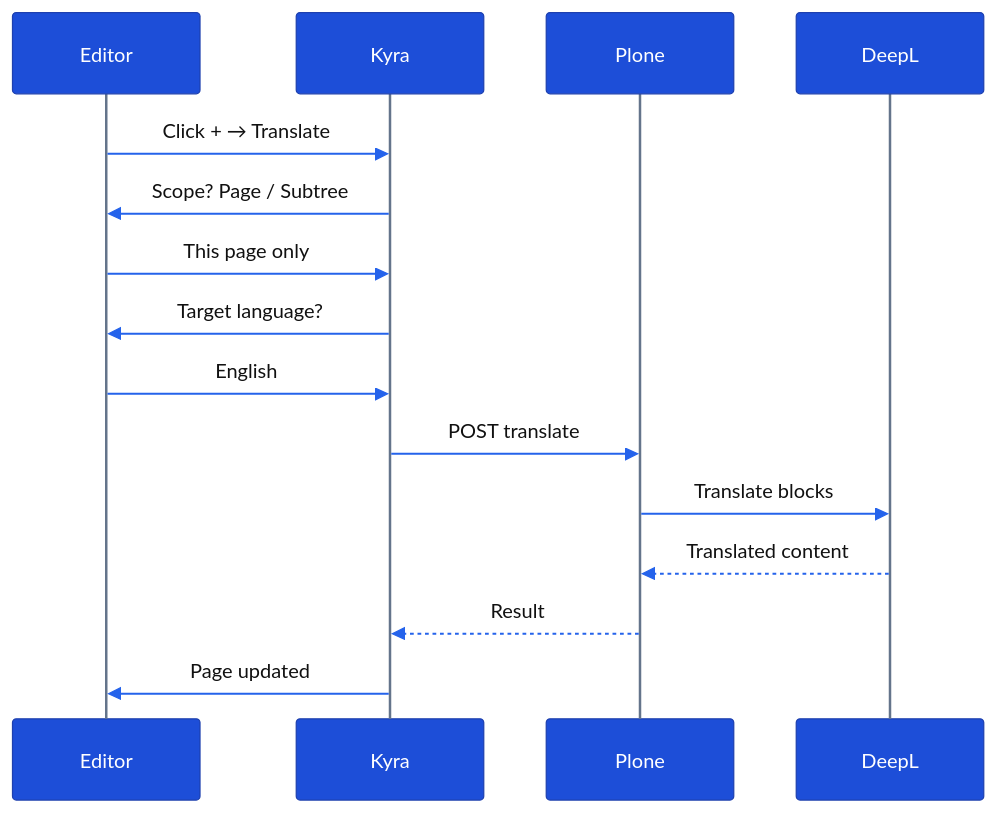
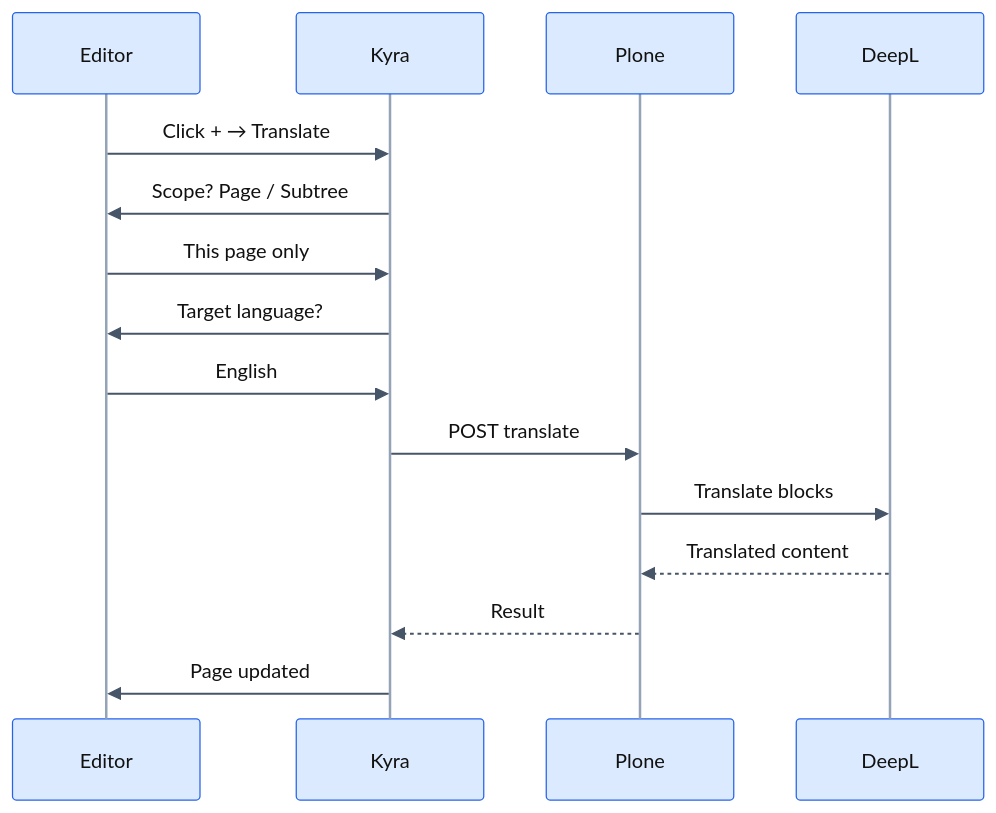
One commit to interaktivgmbh/volto-interaktiv-kyra changed the first of 6 diagrams in README.md. Above: the diagram before and after it, drawn with Mermaid. The commit also changed other lines of this file, not shown here.

Commit message:
Expand README with detailed roadmap, improved feature descriptions, and updated Mermaid diagram styles.

````diff
--- a/README.md
+++ b/README.md
@@ -51,19 +70,19 @@
 ```mermaid
-%%{init: {'theme': 'base', 'themeVariables': {'primaryColor': '#dbeafe', 'primaryBorderColor': '#2563eb', 'primaryTextColor': '#111', 'lineColor': '#2563eb', 'signalColor': '#2563eb', 'signalTextColor': '#111', 'labelTextColor': '#111', 'actorBkg': '#1d4ed8', 'actorTextColor': '#fff', 'actorBorder': '#1e40af', 'actorLineColor': '#64748b', 'noteBkgColor': '#fef3c7', 'noteBorderColor': '#d97706', 'noteTextColor': '#111'}}}%%
+%%{init: {'theme': 'base', 'themeVariables': {'primaryColor': '#dbeafe', 'primaryBorderColor': '#2563eb', 'primaryTextColor': '#111', 'lineColor': '#475569', 'signalColor': '#475569', 'signalTextColor': '#111', 'labelTextColor': '#111', 'actorBkg': '#dbeafe', 'actorTextColor': '#111', 'actorBorder': '#2563eb', 'actorLineColor': '#94a3b8', 'noteBkgColor': '#fef3c7', 'noteBorderColor': '#d97706', 'noteTextColor': '#111'}}}%%
 sequenceDiagram
     participant Editor
     participant Kyra
     participant Plone
     participant DeepL
 
     Editor->>Kyra: Click + → Translate
     Kyra->>Editor: Scope? Page / Subtree
     Editor->>Kyra: This page only
     Kyra->>Editor: Target language?
     Editor->>Kyra: English
     Kyra->>Plone: POST translate
     Plone->>DeepL: Translate blocks
     DeepL-->>Plone: Translated content
     Plone-->>Kyra: Result
     Kyra->>Editor: Page updated
 ```
````
